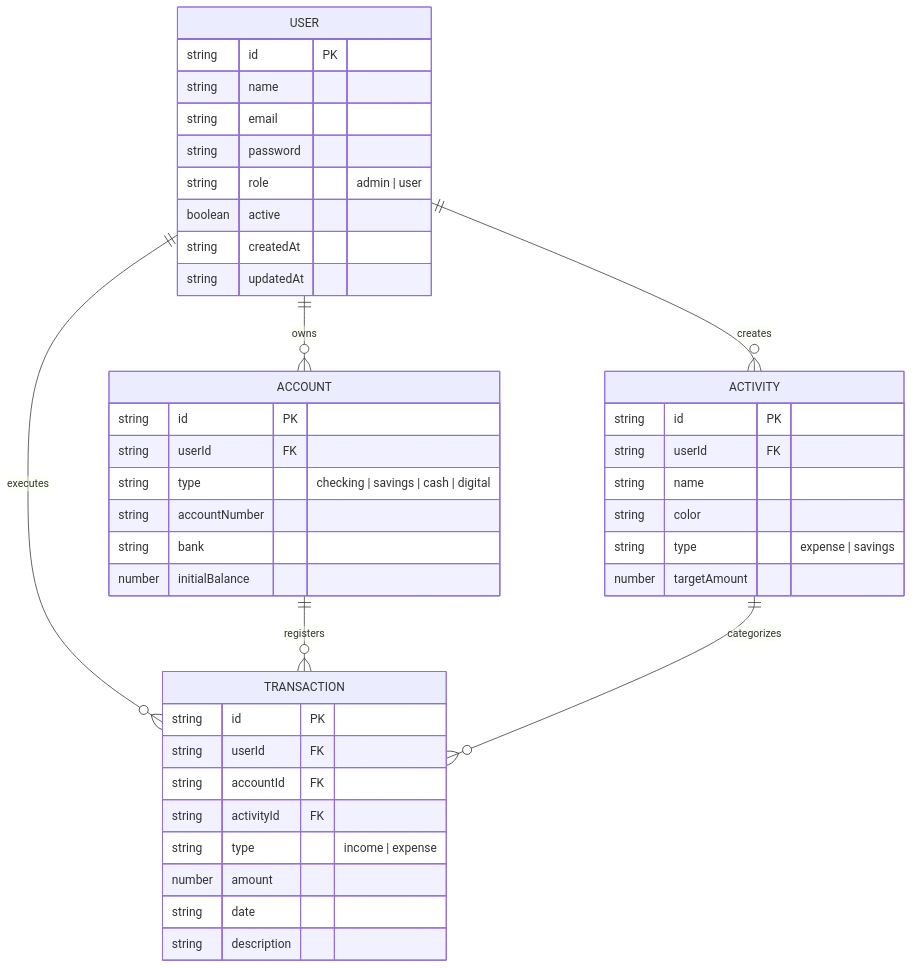
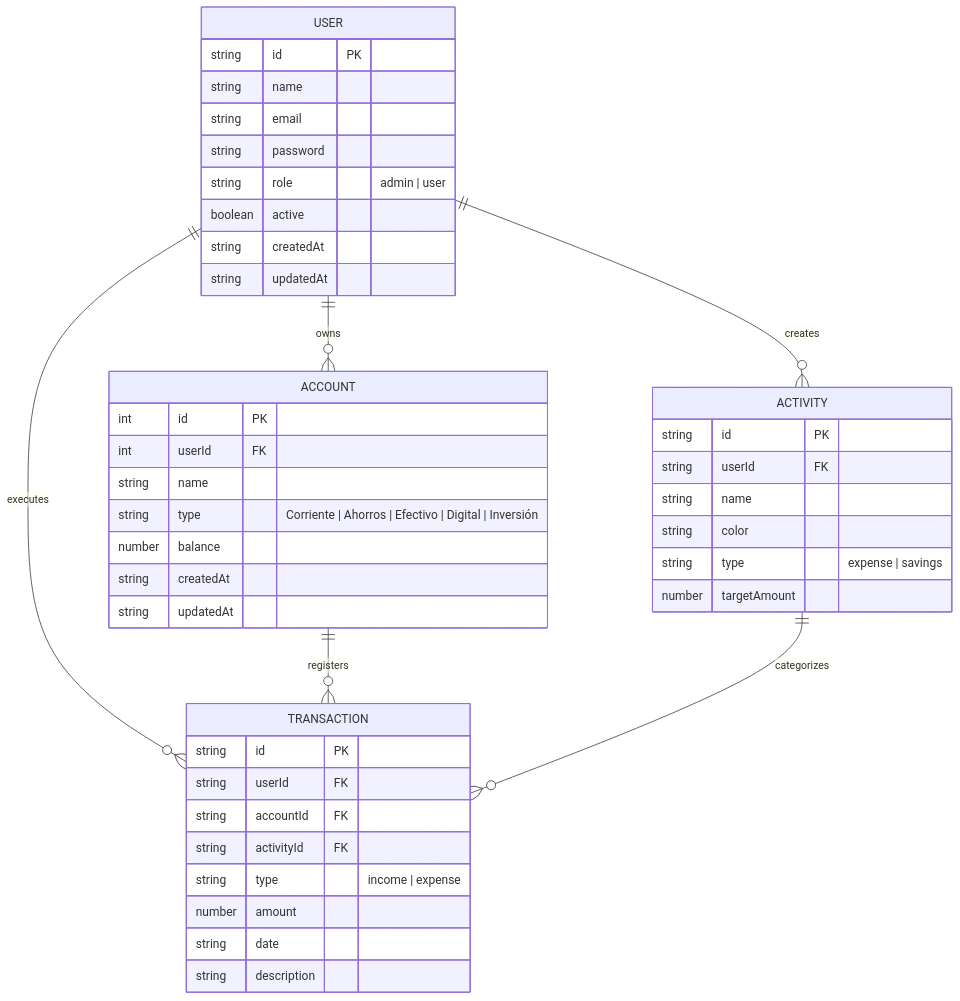
The diagram in docs/wiki/Deliverable-1.md (AndresVelez31/FinZen), drawn with Mermaid before and after one commit. The commit also changed other lines of this file and 13 other files, not shown here.

````diff
--- a/docs/wiki/Deliverable-1.md
+++ b/docs/wiki/Deliverable-1.md
@@ -11,48 +11,49 @@
 ```mermaid
 erDiagram
     USER ||--o{ ACCOUNT : owns
     USER ||--o{ ACTIVITY : creates
     USER ||--o{ TRANSACTION : executes
     ACCOUNT ||--o{ TRANSACTION : registers
     ACTIVITY ||--o{ TRANSACTION : categorizes
 
     USER {
         string id PK
         string name
         string email
         string password
         string role "admin | user"
         boolean active
         string createdAt
         string updatedAt
     }
 
     ACCOUNT {
-        string id PK
-        string userId FK
-        string type "checking | savings | cash | digital"
-        string accountNumber
-        string bank
-        number initialBalance
+        int id PK
+        int userId FK
+        string name
+        string type "Corriente | Ahorros | Efectivo | Digital | Inversión"
+        number balance
+        string createdAt
+        string updatedAt
     }
 
     ACTIVITY {
         string id PK
         string userId FK
         string name
         string color
         string type "expense | savings"
         number targetAmount
     }
 
     TRANSACTION {
         string id PK
         string userId FK
         string accountId FK
         string activityId FK
         string type "income | expense"
         number amount
         string date
         string description
     }
 ```
````
